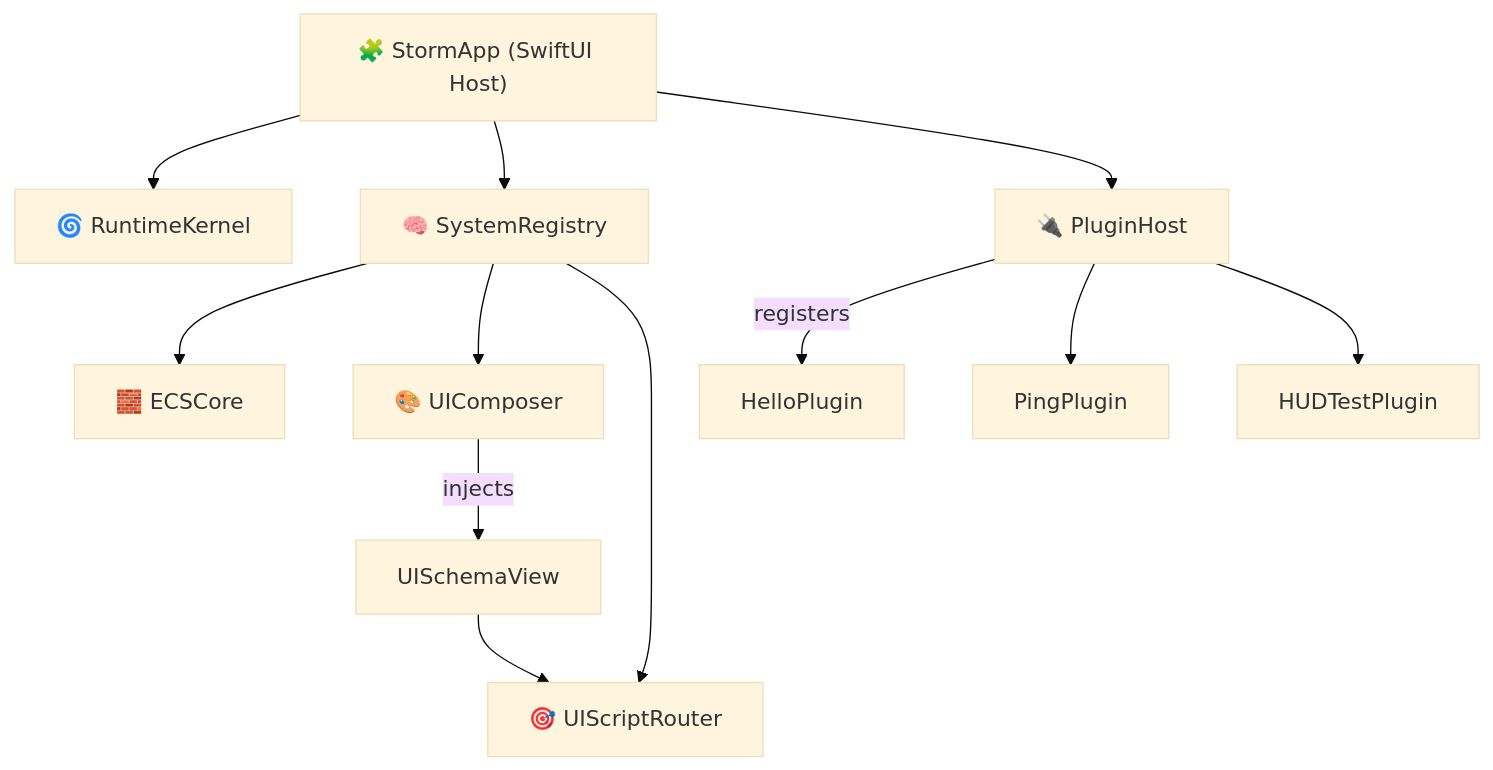
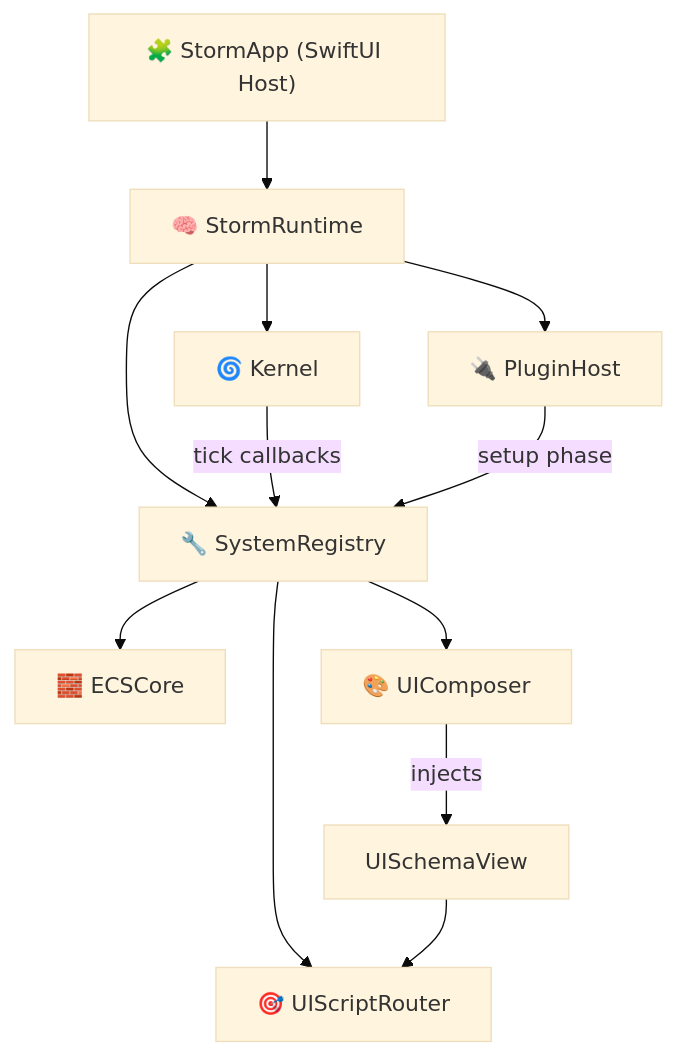
Before and after one commit to finalverse/storm: the first of 2 diagrams in docs/ARCHITECTURE.md, drawn with Mermaid (base theme). The commit also changed other lines of this file and 7 other files, not shown here.

Commit message:
RuntimeKernel split into Stormruntime & Kernel

````diff
--- a/docs/ARCHITECTURE.md
+++ b/docs/ARCHITECTURE.md
@@ -18,25 +18,26 @@
 ```mermaid
 graph TD
     App["🧩 StormApp (SwiftUI Host)"]
-    Kernel["🌀 RuntimeKernel"]
+    Runtime["🧠 StormRuntime"]
+    Kernel["🌀 Kernel"]
+    Reg["🔧 SystemRegistry"]
     Host["🔌 PluginHost"]
-    Reg["🧠 SystemRegistry"]
     ECS["🧱 ECSCore"]
     UI["🎨 UIComposer"]
     Router["🎯 UIScriptRouter"]
 
-    App --> Kernel
-    App --> Reg
-    App --> Host
+    App --> Runtime
+    Runtime --> Kernel
+    Runtime --> Reg
+    Runtime --> Host
 
-    Host -->|registers| HelloPlugin
-    Host --> PingPlugin
-    Host --> HUDTestPlugin
+    Kernel -->|"tick callbacks"| Reg
+    Host -->|"setup phase"| Reg
 
     Reg --> ECS
     Reg --> UI
     Reg --> Router
 
-    UI -->|injects| UISchemaView
+    UI -->|"injects"| UISchemaView
     UISchemaView --> Router
 ```
````
